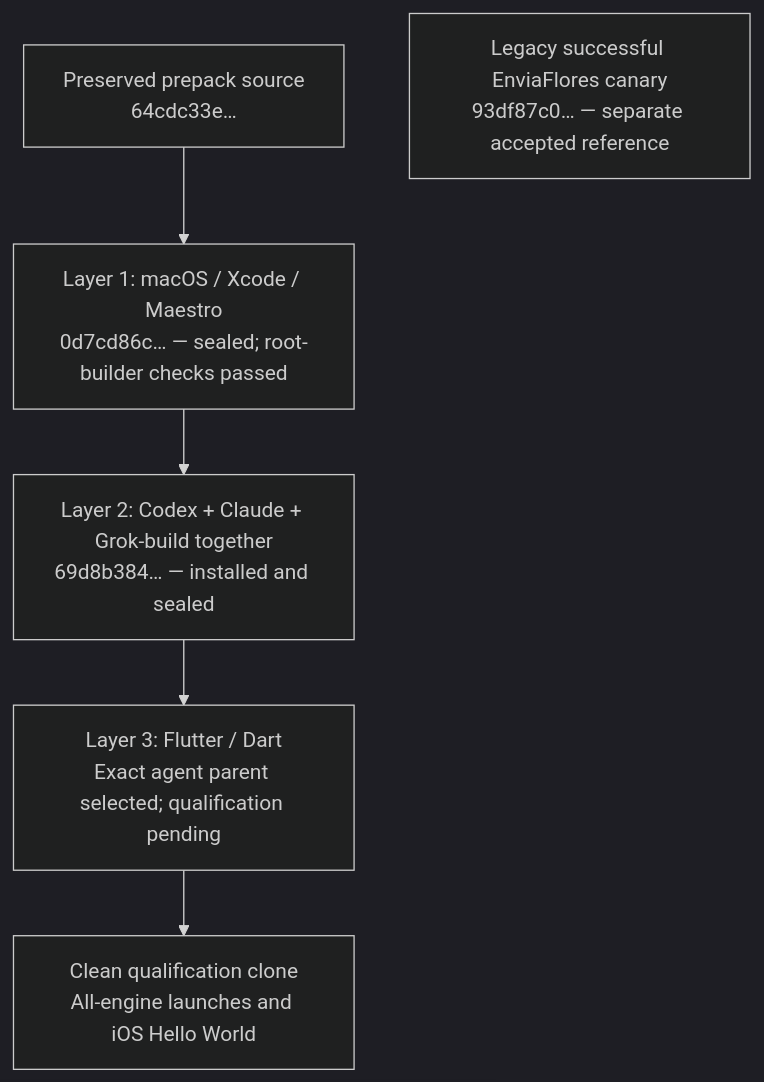
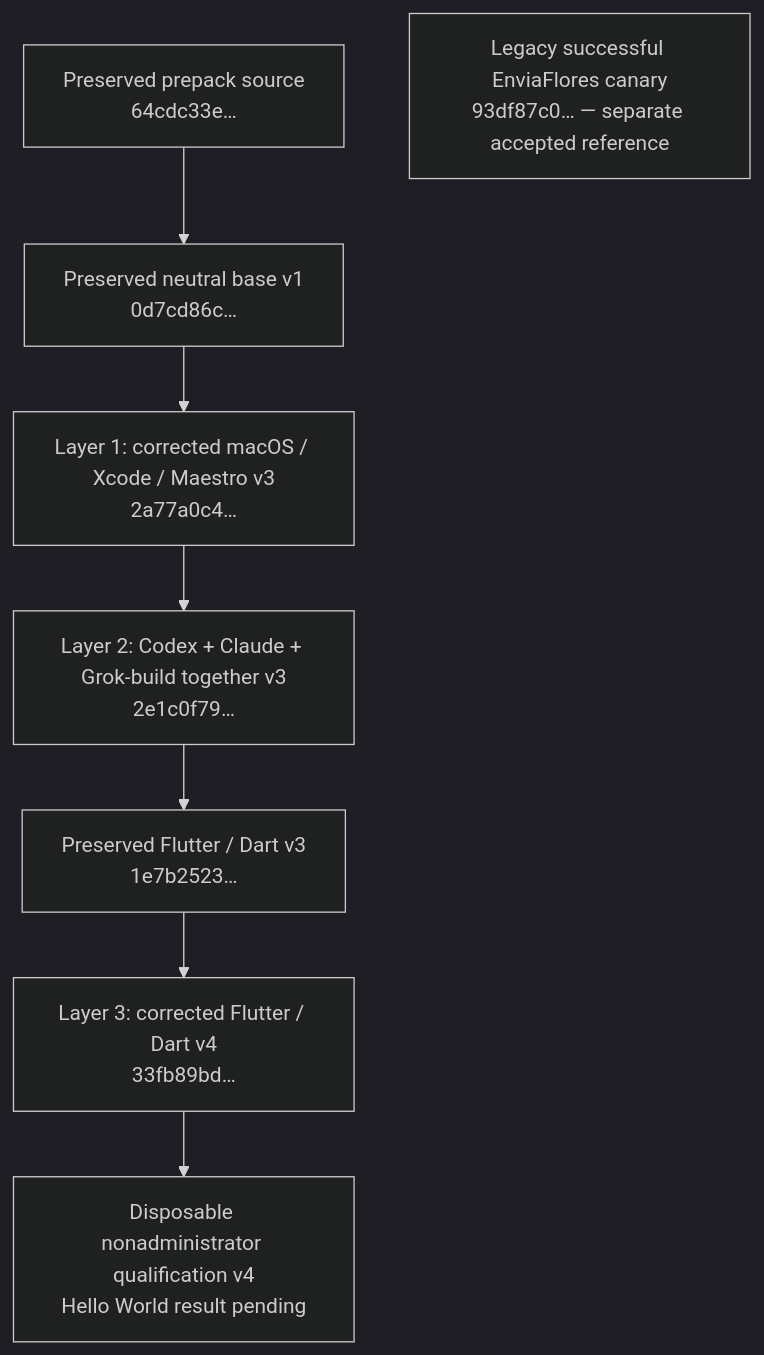
Before and after one commit to uxmaltech-collab/ai-runner-images: the diagram in docs/image-composition.md, drawn with Mermaid (dark theme). The commit also changed other lines of this file and 111 other files, not shown here.

Commit message:
Record the three-agent Flutter image and real iOS qualification

````diff
--- a/docs/image-composition.md
+++ b/docs/image-composition.md
@@ -5,8 +5,10 @@
 ```mermaid
 flowchart TD
-  S["Preserved prepack source<br/>64cdc33e…"] --> B["Layer 1: macOS / Xcode / Maestro<br/>0d7cd86c… — sealed; root-builder checks passed"]
-  B --> A["Layer 2: Codex + Claude + Grok-build together<br/>69d8b384… — installed and sealed"]
-  A --> F["Layer 3: Flutter / Dart<br/>Exact agent parent selected; qualification pending"]
-  F --> H["Clean qualification clone<br/>All-engine launches and iOS Hello World"]
+  S["Preserved prepack source<br/>64cdc33e…"] --> B1["Preserved neutral base v1<br/>0d7cd86c…"]
+  B1 --> B["Layer 1: corrected macOS / Xcode / Maestro v3<br/>2a77a0c4…"]
+  B --> A["Layer 2: Codex + Claude + Grok-build together v3<br/>2e1c0f79…"]
+  A --> F3["Preserved Flutter / Dart v3<br/>1e7b2523…"]
+  F3 --> F["Layer 3: corrected Flutter / Dart v4<br/>33fb89bd…"]
+  F --> H["Disposable nonadministrator qualification v4<br/>Hello World result pending"]
   E["Legacy successful EnviaFlores canary<br/>93df87c0… — separate accepted reference"]
 ```
````
